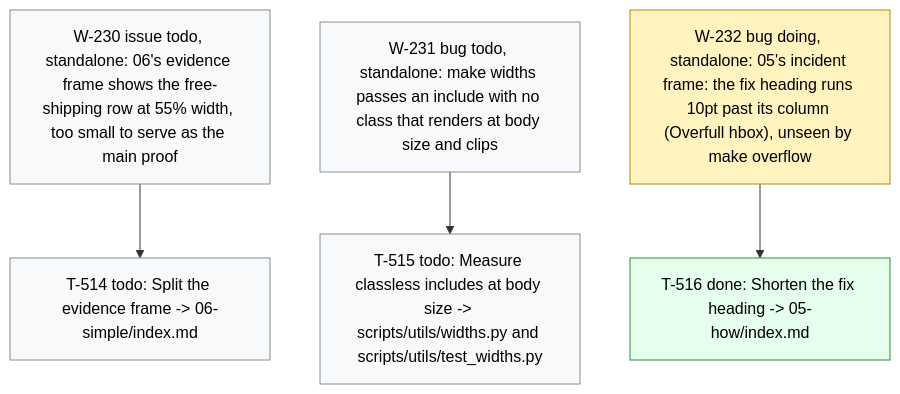
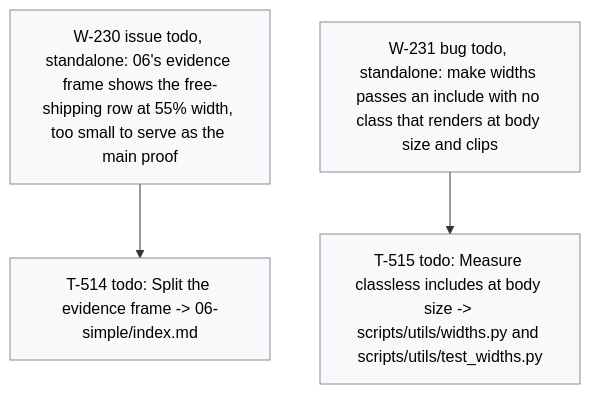
The diagram in .board/BOARD.md (dpopchev/chaos-to-simple), drawn with Mermaid before and after one commit. The commit also changed other lines of this file and 3 other files, not shown here.

````diff
--- a/.board/BOARD.md
+++ b/.board/BOARD.md
@@ -1368,17 +1373,13 @@
 ```mermaid
 flowchart TD
   W230["W-230 issue todo, standalone: 06's evidence frame shows the free-shipping row at 55% width, too small to serve as the main proof"]
   W230 --> T514["T-514 todo: Split the evidence frame -> 06-simple/index.md"]
   W231["W-231 bug todo, standalone: make widths passes an include with no class that renders at body size and clips"]
   W231 --> T515["T-515 todo: Measure classless includes at body size -> scripts/utils/widths.py and scripts/utils/test_widths.py"]
-  W232["W-232 bug doing, standalone: 05's incident frame: the fix heading runs 10pt past its column (Overfull hbox), unseen by make overflow"]
-  W232 --> T516["T-516 done: Shorten the fix heading -> 05-how/index.md"]
   classDef doing fill:#fff3bf,stroke:#b58900,color:#000;
   classDef blocked fill:#ffe3e3,stroke:#c92a2a,color:#000;
   classDef done fill:#e6ffed,stroke:#2b8a3e,color:#000;
   classDef todo fill:#f8f9fa,stroke:#868e96,color:#000;
   classDef pruned fill:#f1f3f5,stroke:#adb5bd,color:#000;
-  class W232 doing
-  class T516 done
   class W230,T514,W231,T515 todo
 ```
````
